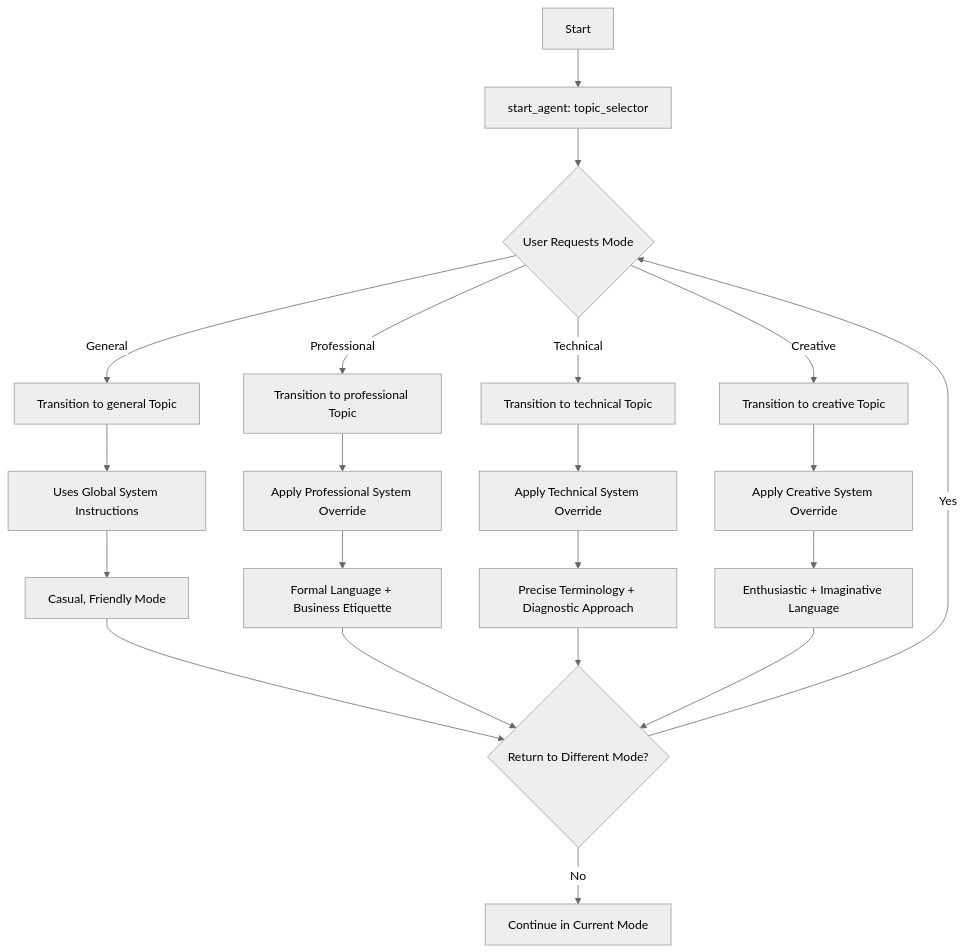
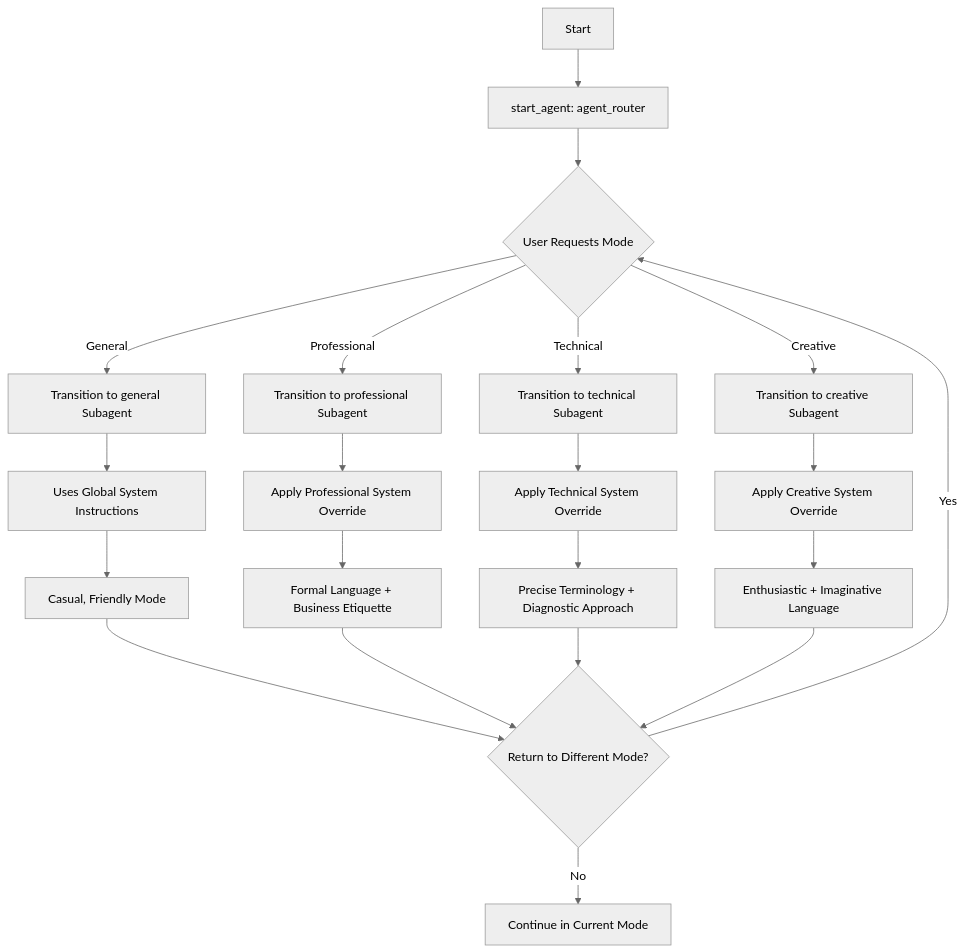
Before and after one commit to trailheadapps/agent-script-recipes: the diagram in force-app/main/01_languageEssentials/systemInstructionOverrides/README.md, drawn with Mermaid. The commit also changed other lines of this file and 108 other files, not shown here.

````diff
--- a/force-app/main/01_languageEssentials/systemInstructionOverrides/README.md
+++ b/force-app/main/01_languageEssentials/systemInstructionOverrides/README.md
@@ -9,24 +9,24 @@
 ```mermaid
 %%{init: {'theme':'neutral'}}%%
 graph TD
-    A[Start] --> B[start_agent: topic_selector]
+    A[Start] --> B[start_agent: agent_router]
     B --> C{User Requests Mode}
-    C -->|General| D[Transition to general Topic]
-    C -->|Professional| E[Transition to professional Topic]
-    C -->|Technical| F[Transition to technical Topic]
-    C -->|Creative| G[Transition to creative Topic]
+    C -->|General| D[Transition to general Subagent]
+    C -->|Professional| E[Transition to professional Subagent]
+    C -->|Technical| F[Transition to technical Subagent]
+    C -->|Creative| G[Transition to creative Subagent]
     D --> H[Uses Global System Instructions]
     H --> I[Casual, Friendly Mode]
     E --> J[Apply Professional System Override]
     J --> K[Formal Language + Business Etiquette]
     F --> L[Apply Technical System Override]
     L --> M[Precise Terminology + Diagnostic Approach]
     G --> N[Apply Creative System Override]
     N --> O[Enthusiastic + Imaginative Language]
     I --> P{Return to Different Mode?}
     K --> P
     M --> P
     O --> P
     P -->|Yes| C
     P -->|No| Q[Continue in Current Mode]
 ```
````
